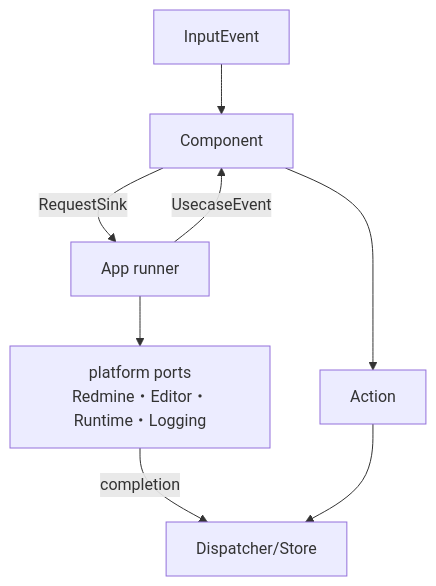
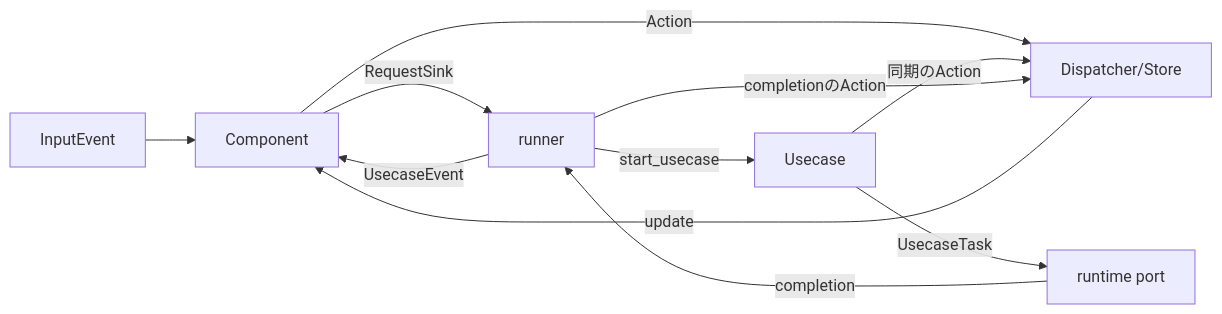
One commit to ano333333/redmine-tui changed the fourth of 4 diagrams in docs/architecture.md. Above: the diagram before and after it, drawn with Mermaid. The commit also changed other lines of this file and 10 other files, not shown here.

Commit message:
docs: restructure architecture.md by C4 layers and move rules to AGENTS.md

````diff
--- a/docs/architecture.md
+++ b/docs/architecture.md
@@ -382,10 +132,13 @@
 ```mermaid
-flowchart TD
+flowchart LR
     input["InputEvent"] --> component["Component"]
-    component -->|RequestSink| runner["App runner"]
-    runner --> ports["platform ports<br/>Redmine・Editor・Runtime・Logging"]
-    ports -->|completion| store["Dispatcher/Store"]
+    component -->|Action| dispatcher["Dispatcher/Store"]
+    component -->|RequestSink| runner["runner"]
+    runner -->|start_usecase| usecase["Usecase"]
+    usecase -->|同期のAction| dispatcher
+    usecase -->|UsecaseTask| port["runtime port"]
+    port -->|completion| runner
+    runner -->|completionのAction| dispatcher
     runner -->|UsecaseEvent| component
-    component --> action["Action"]
-    action --> store
+    dispatcher -->|update| component
 ```
````
